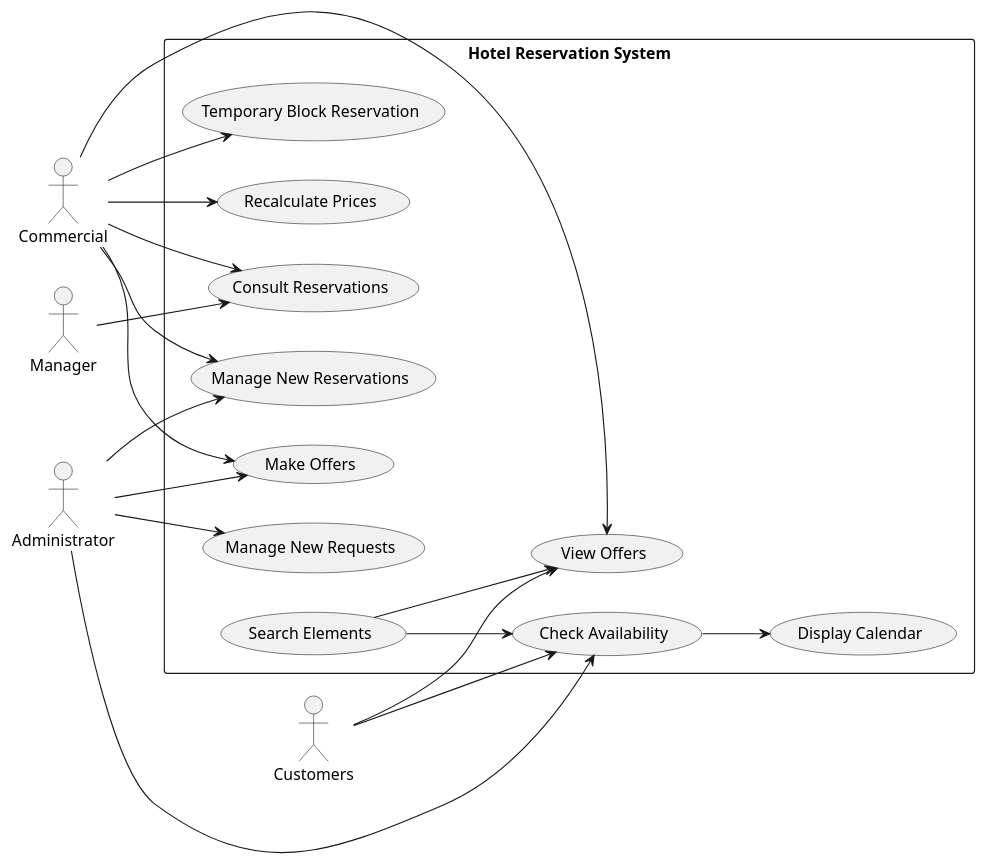
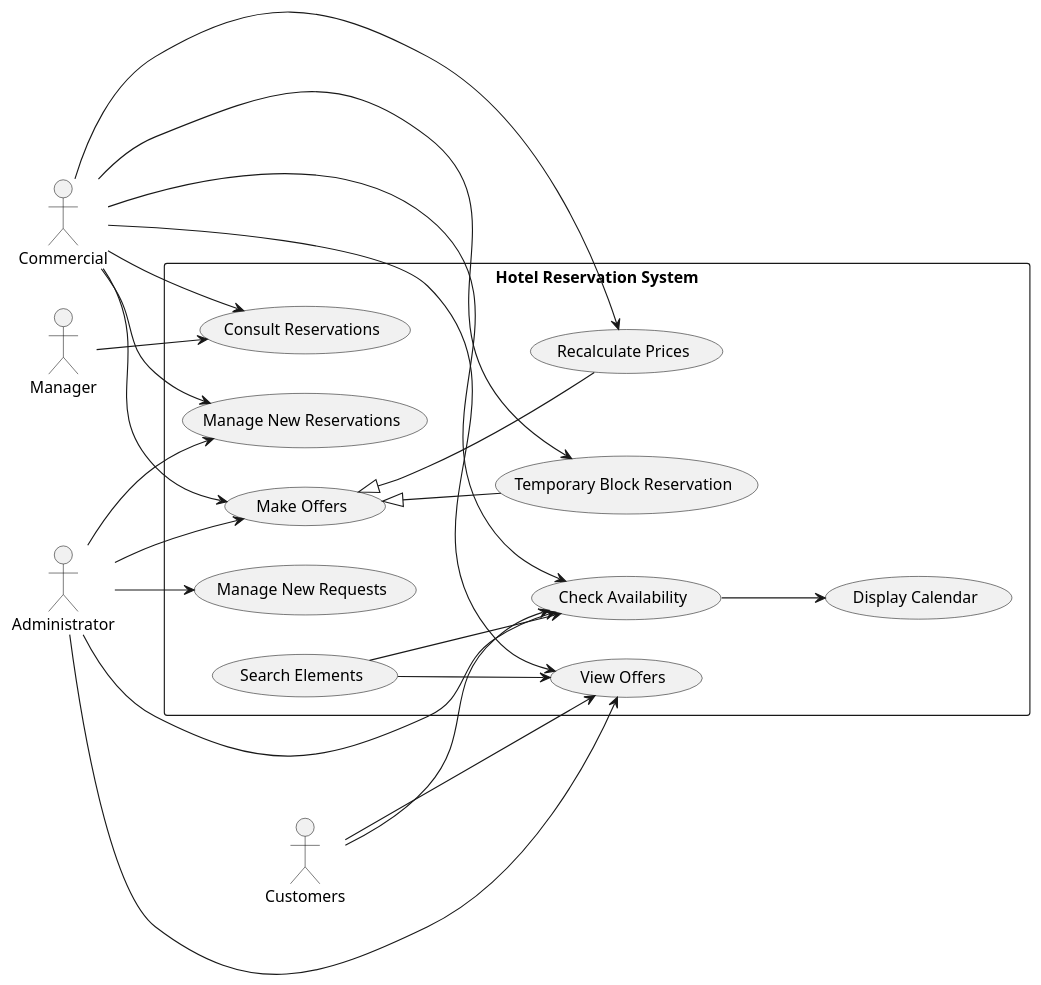
Before and after one commit to nisia289/INRE-UAL-Blanco-2023: the diagram in LAB0/CODE/Scenario3HotelCompany.md, drawn with PlantUML.

Commit message:
Updated Scenario3HotelCompany.md code

```diff
--- a/LAB0/CODE/Scenario3HotelCompany.md
+++ b/LAB0/CODE/Scenario3HotelCompany.md
@@ -1,37 +1,41 @@
 @startuml
 left to right direction
 actor "Manager" as Manager
 actor "Commercial" as Commercial
 actor "Administrator" as Administrator
 actor "Customers" as Customers
 
 rectangle "Hotel Reservation System" {
   usecase "Consult Reservations" as ConsultReservations
   usecase "Make Offers" as MakeOffers
   usecase "Manage New Reservations" as ManageReservations
   usecase "Manage New Requests" as ManageRequests
   usecase "Recalculate Prices" as RecalculatePrices
   usecase "Temporary Block Reservation" as TemporaryBlock
   usecase "Check Availability" as CheckAvailability
   usecase "View Offers" as ViewOffers
   usecase "Search Elements" as SearchElements
   usecase "Display Calendar" as DisplayCalendar
 
   Manager --> ConsultReservations 
   Commercial --> ConsultReservations 
   Commercial --> MakeOffers 
   Commercial --> ManageReservations
+  Commercial --> CheckAvailability
   Administrator --> ManageReservations
-  Administrator --> MakeOffers
+  Administrator --> MakeOffers 
   Administrator --> ManageRequests
-  Commercial --> RecalculatePrices
+  Commercial -> RecalculatePrices
   Commercial --> TemporaryBlock
   Customers --> CheckAvailability
   Administrator --> CheckAvailability
+  Administrator --> ViewOffers
   Commercial --> ViewOffers
   Customers --> ViewOffers
   SearchElements --> CheckAvailability
   SearchElements --> ViewOffers
   CheckAvailability --> DisplayCalendar
+  MakeOffers <|-- TemporaryBlock
+  MakeOffers <|-- RecalculatePrices
 }
 @enduml
```
